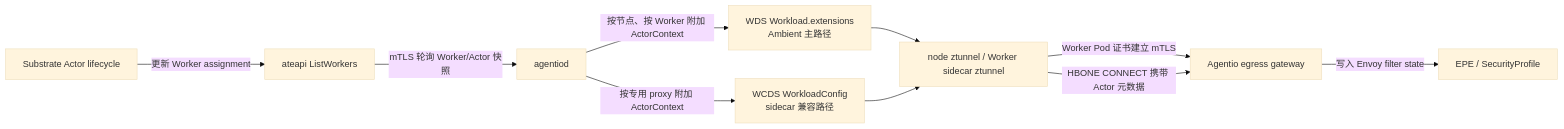
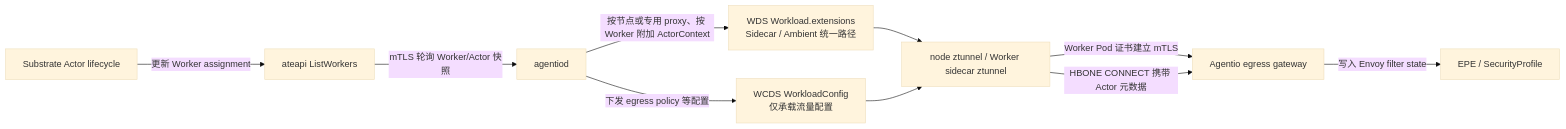
One commit to Kuromesi/agentio changed the first of 2 diagrams in docs/integrations/actor-identity-worker-mtls-poc.zh-CN.md. Above: the diagram before and after it, drawn with Mermaid (base theme). The commit also changed other lines of this file, not shown here.

Commit message:
docs: record sidecar workload extension validation

````diff
--- a/docs/integrations/actor-identity-worker-mtls-poc.zh-CN.md
+++ b/docs/integrations/actor-identity-worker-mtls-poc.zh-CN.md
@@ -35,21 +35,21 @@
 ```mermaid
 flowchart LR
     A["Substrate Actor lifecycle"]
     S["ateapi ListWorkers"]
     D["agentiod"]
-    W["WDS Workload.extensions\nAmbient 主路径"]
-    C["WCDS WorkloadConfig\nsidecar 兼容路径"]
+    W["WDS Workload.extensions\nSidecar / Ambient 统一路径"]
+    C["WCDS WorkloadConfig\n仅承载流量配置"]
     Z["node ztunnel / Worker sidecar ztunnel"]
     G["Agentio egress gateway"]
     E["EPE / SecurityProfile"]
 
     A -->|"更新 Worker assignment"| S
     S -->|"mTLS 轮询 Worker/Actor 快照"| D
-    D -->|"按节点、按 Worker 附加 ActorContext"| W
-    D -->|"按专用 proxy 附加 ActorContext"| C
+    D -->|"按节点或专用 proxy、按 Worker 附加 ActorContext"| W
+    D -->|"下发 egress policy 等配置"| C
     W --> Z
     C --> Z
     Z -->|"Worker Pod 证书建立 mTLS"| G
     Z -->|"HBONE CONNECT 携带 Actor 元数据"| G
     G -->|"写入 Envoy filter state"| E
 ```
````
